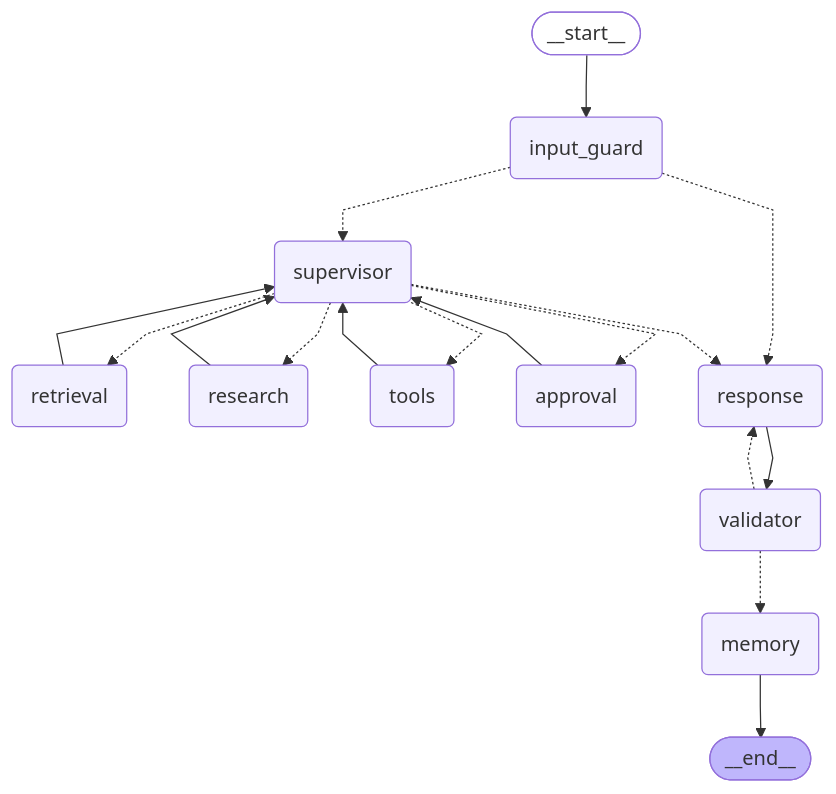
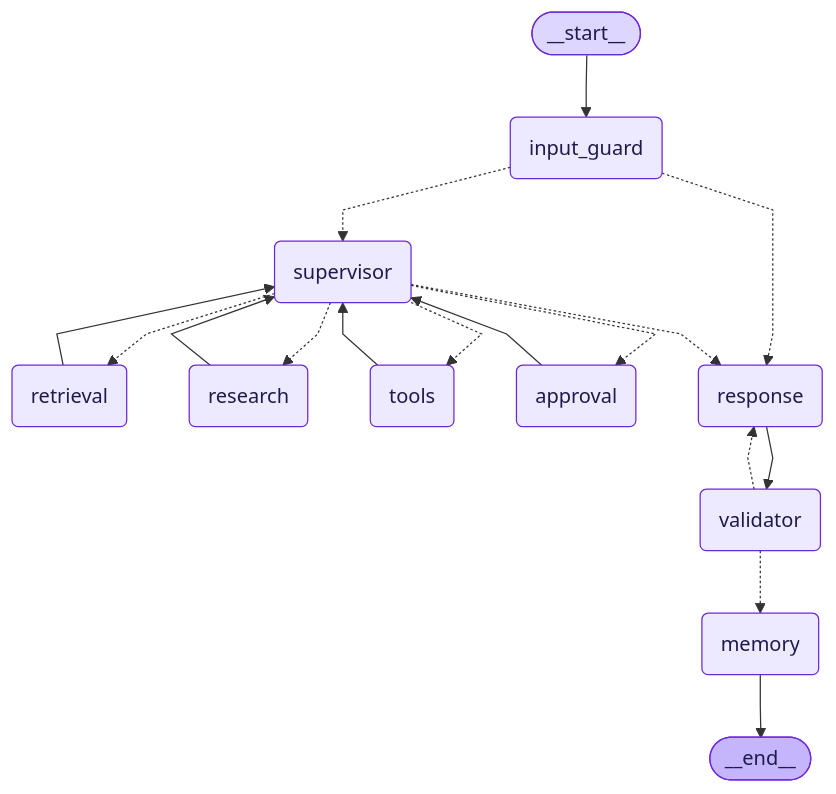
One commit to madukawala/enterprise-knowledge-agent changed the diagram in docs/architecture/03-agent-graph.generated.md. Above: the diagram before and after it, drawn with Mermaid. The commit also changed 1 other file, not shown here.

Commit message:
Architecture diagram Ui fixes

````diff
--- a/docs/architecture/03-agent-graph.generated.md
+++ b/docs/architecture/03-agent-graph.generated.md
@@ -9,38 +9,38 @@
 ```mermaid
 ---
 config:
   flowchart:
     curve: linear
 ---
 graph TD;
 	__start__([<p>__start__</p>]):::first
 	input_guard(input_guard)
 	supervisor(supervisor)
 	retrieval(retrieval)
 	research(research)
 	tools(tools)
 	approval(approval)
 	response(response)
 	validator(validator)
 	memory(memory)
 	__end__([<p>__end__</p>]):::last
 	__start__ --> input_guard;
 	approval --> supervisor;
 	input_guard -.-> response;
 	input_guard -.-> supervisor;
 	research --> supervisor;
 	response --> validator;
 	retrieval --> supervisor;
 	supervisor -.-> approval;
 	supervisor -.-> research;
 	supervisor -.-> response;
 	supervisor -.-> retrieval;
 	supervisor -.-> tools;
 	tools --> supervisor;
 	validator -.-> memory;
 	validator -.-> response;
 	memory --> __end__;
-	classDef default fill:#f2f0ff,line-height:1.2
-	classDef first fill-opacity:0
-	classDef last fill:#bfb6fc
+	classDef default fill:#ede9fe,stroke:#6d28d9,stroke-width:1px,color:#1e1b4b,line-height:1.2
+	classDef first fill:#ddd6fe,stroke:#6d28d9,stroke-width:1px,color:#1e1b4b
+	classDef last fill:#c4b5fd,stroke:#6d28d9,stroke-width:1px,color:#1e1b4b
 ```
````
